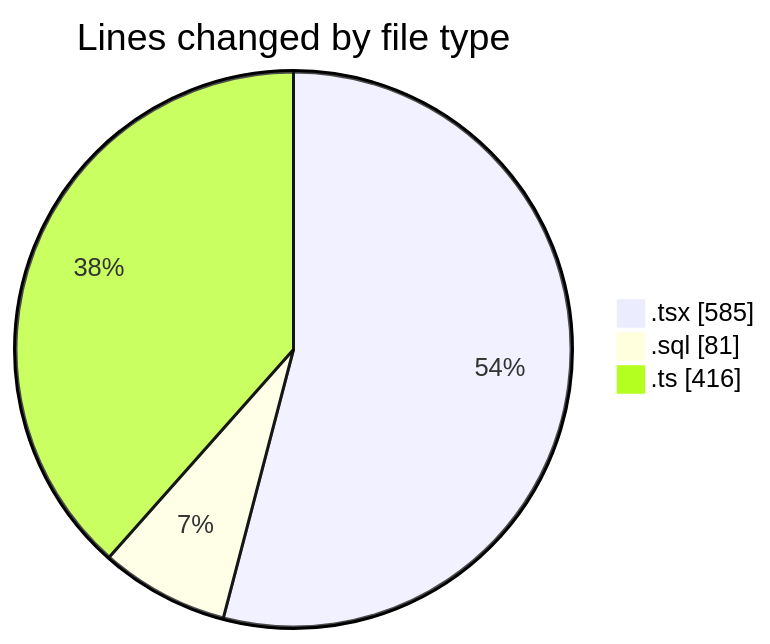
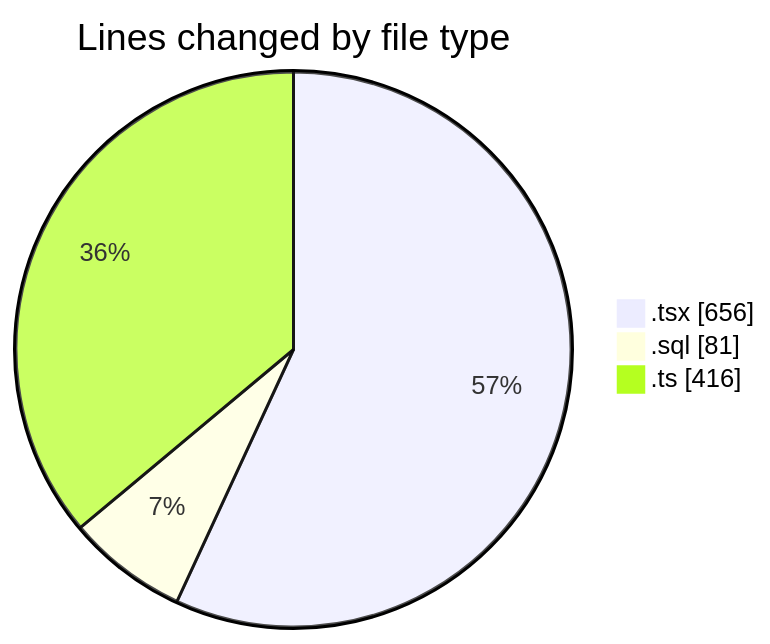
One commit to lephambinh05/code-tracking changed the first of 2 diagrams in 2025-09-09/hiai-phf/README.md. Above: the diagram before and after it, drawn with Mermaid. The commit also changed other lines of this file and 1 other file, not shown here.

````diff
--- a/2025-09-09/hiai-phf/README.md
+++ b/2025-09-09/hiai-phf/README.md
@@ -34,7 +36,7 @@
 ```mermaid
 pie showData
 title Lines changed by file type
-".tsx" : 585
+".tsx" : 656
 ".sql" : 81
 ".ts" : 416
 ```
````
